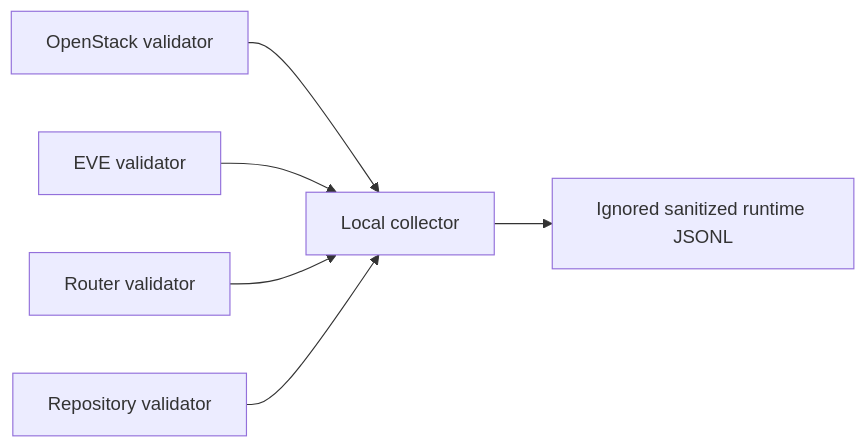
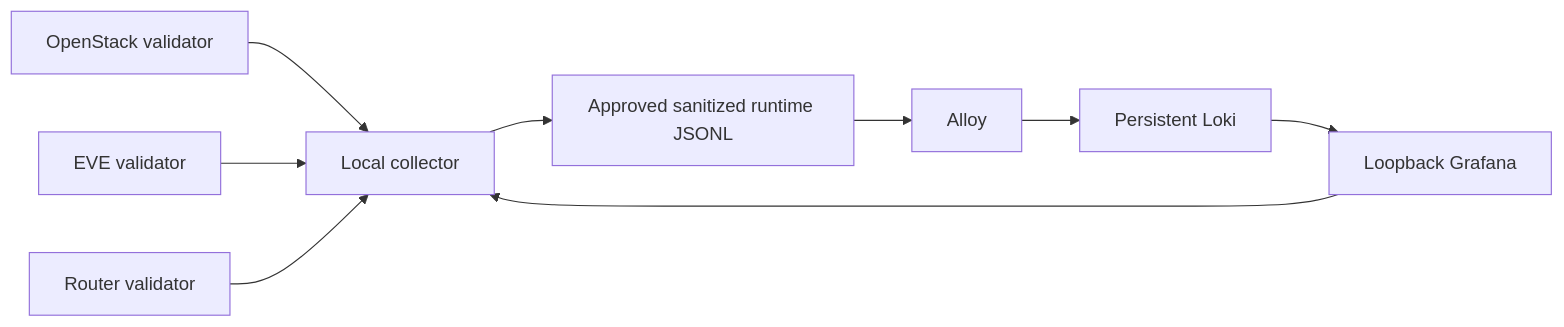
Before and after one commit to snsd-hybridinfra/snsd-multicloud-ops: the first of 3 diagrams in docs/zero-trust/packages/zt-vis-001-centralized-telemetry-foundation.md, drawn with Mermaid. The commit also changed other lines of this file and 219 other files, not shown here.

```diff
--- a/docs/zero-trust/packages/zt-vis-001-centralized-telemetry-foundation.md
+++ b/docs/zero-trust/packages/zt-vis-001-centralized-telemetry-foundation.md
@@ -26,8 +21,11 @@
 ~~~mermaid
 flowchart LR
   O["OpenStack validator"] --> C["Local collector"]
   E["EVE validator"] --> C
   R["Router validator"] --> C
   G["Repository validator"] --> C
-  C --> J["Ignored sanitized runtime JSONL"]
+  C --> J["Approved sanitized runtime JSONL"]
+  J --> A["Alloy"]
+  A --> L["Persistent Loki"]
+  L --> G["Loopback Grafana"]
 ~~~
```
